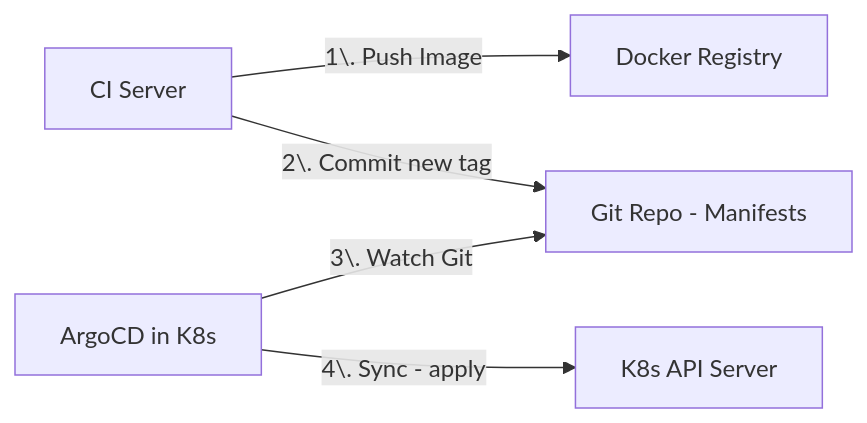
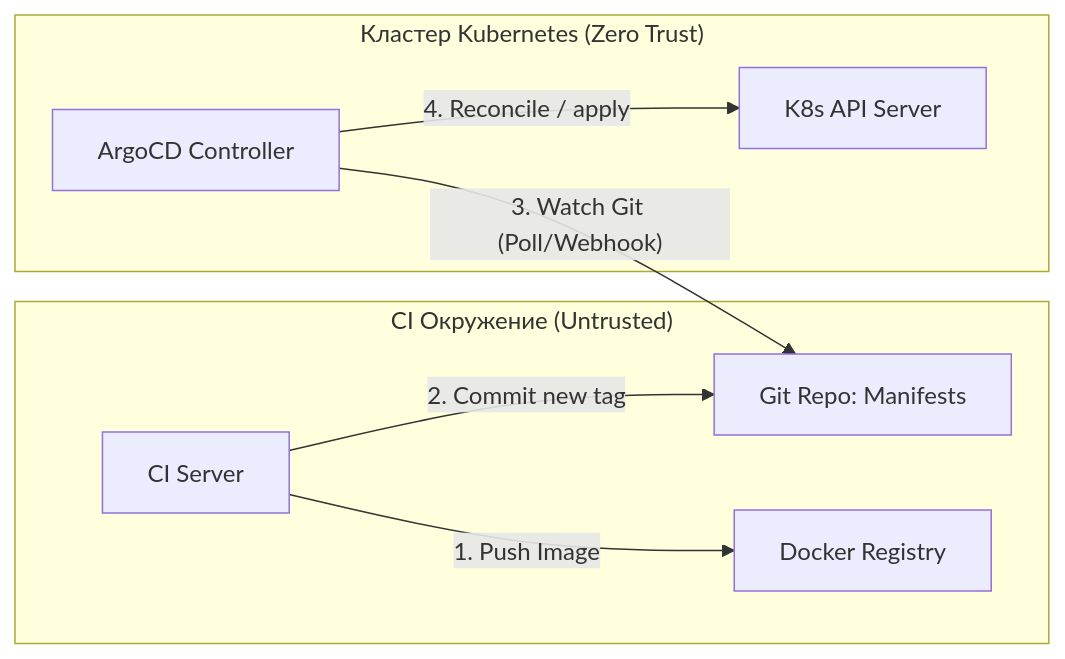
Before and after one commit to UnrealTemplier/go-textbook: the third of 3 diagrams in sources/19. Инфраструктура. Linux, nginx, Docker, Kubernetes/05. Практика/1. CI_CD и деплой.md, drawn with Mermaid. The commit also changed other lines of this file, not shown here.

````diff
--- a/sources/19. Инфраструктура. Linux, nginx, Docker, Kubernetes/05. Практика/1. CI_CD и деплой.md
+++ b/sources/19. Инфраструктура. Linux, nginx, Docker, Kubernetes/05. Практика/1. CI_CD и деплой.md
@@ -85,7 +132,12 @@
 ```mermaid
 flowchart LR
-    A["CI Server"] -->|"1\. Push Image"| B["Docker Registry"]
-    A -->|"2\. Commit new tag"| C["Git Repo - Manifests"]
-    D["ArgoCD in K8s"] -->|"3\. Watch Git"| C
-    D -->|"4\. Sync - apply"| E["K8s API Server"]
+    subgraph CI["CI Окружение (Untrusted)"]
+        A["CI Server"] -->|"1. Push Image"| B["Docker Registry"]
+        A -->|"2. Commit new tag"| C["Git Repo: Manifests"]
+    end
+    
+    subgraph ProductionK8s["Кластер Kubernetes (Zero Trust)"]
+        D["ArgoCD Controller"] -->|"3. Watch Git (Poll/Webhook)"| C
+        D -->|"4. Reconcile / apply"| E["K8s API Server"]
+    end
 ```
````
